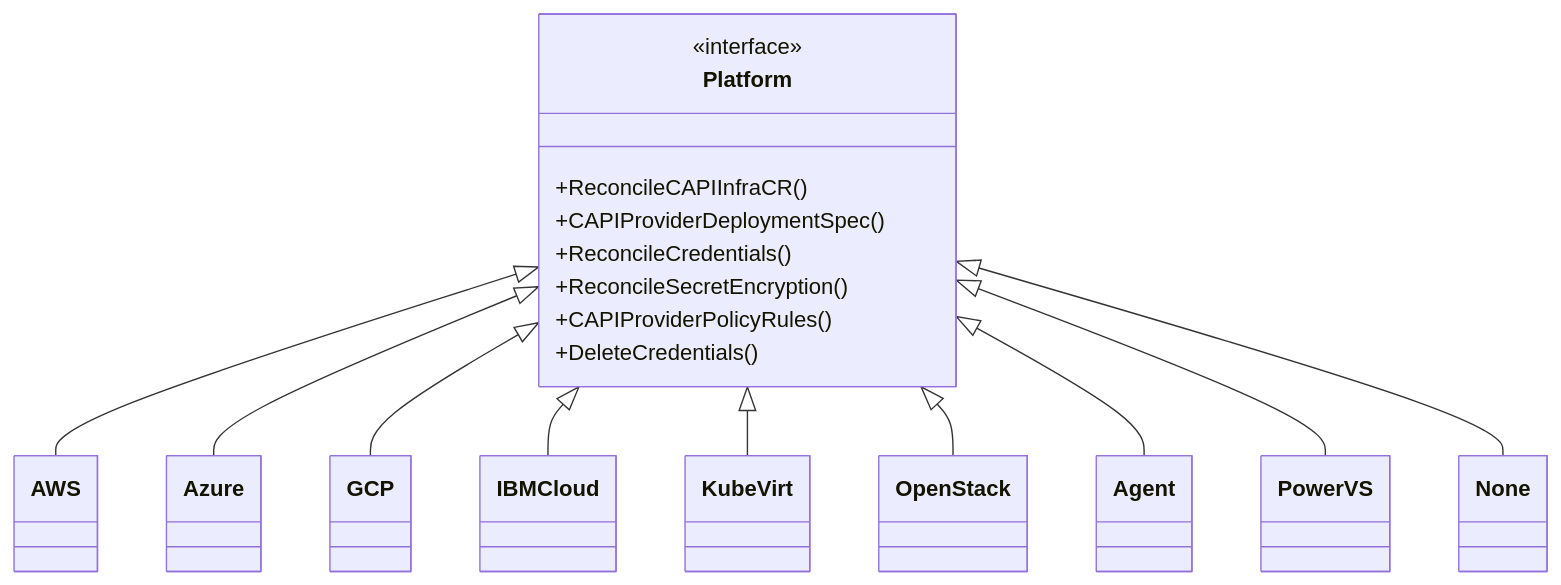
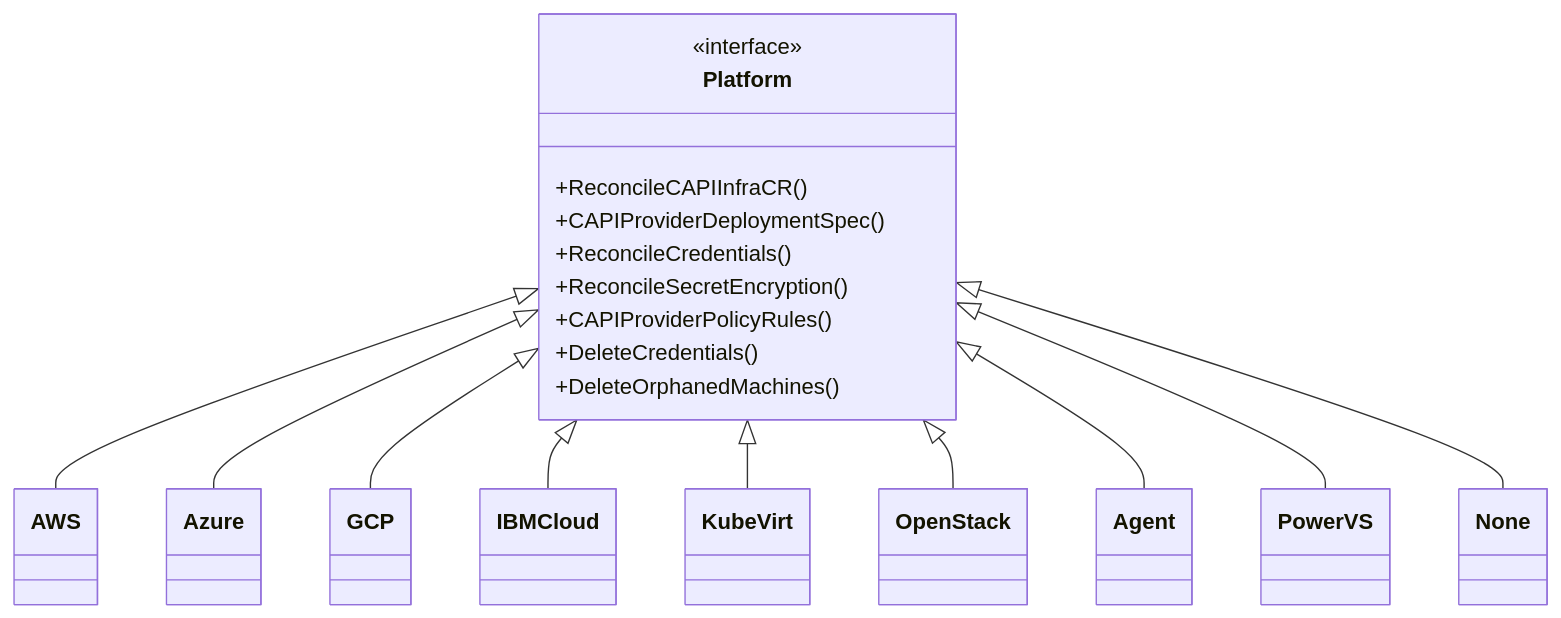
One commit to devguyio-agentic/hypershift changed the second of 2 diagrams in .agents/summary/architecture.md. Above: the diagram before and after it, drawn with Mermaid. The commit also changed other lines of this file and 7 other files, not shown here.

````diff
--- a/.agents/summary/architecture.md
+++ b/.agents/summary/architecture.md
@@ -118,21 +133,22 @@
 ```mermaid
 classDiagram
     class Platform {
         <<interface>>
         +ReconcileCAPIInfraCR()
         +CAPIProviderDeploymentSpec()
         +ReconcileCredentials()
         +ReconcileSecretEncryption()
         +CAPIProviderPolicyRules()
         +DeleteCredentials()
+        +DeleteOrphanedMachines()
     }
     Platform <|-- AWS
     Platform <|-- Azure
     Platform <|-- GCP
     Platform <|-- IBMCloud
     Platform <|-- KubeVirt
     Platform <|-- OpenStack
     Platform <|-- Agent
     Platform <|-- PowerVS
     Platform <|-- None
 ```
````
